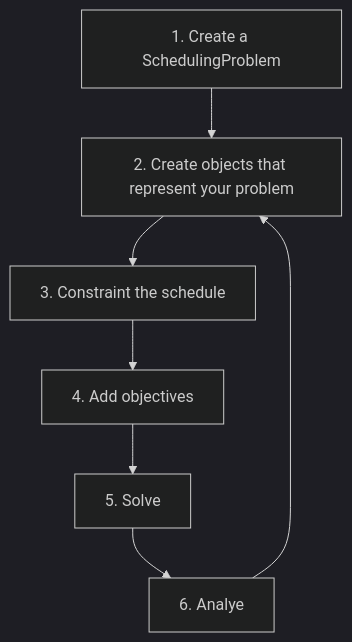
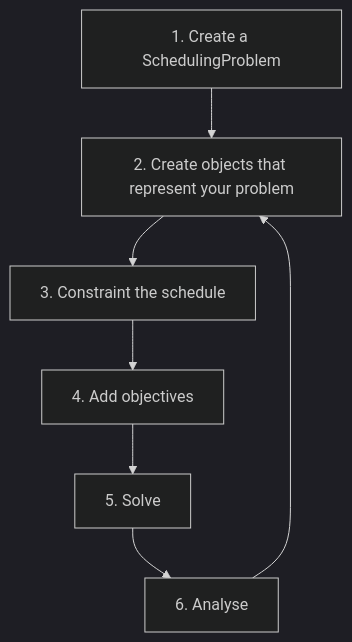
One commit to tpaviot/ProcessScheduler changed the diagram in docs/workflow.md. Above: the diagram before and after it, drawn with Mermaid (dark theme). The commit also changed 8 other files, not shown here.

````diff
--- a/docs/workflow.md
+++ b/docs/workflow.md
@@ -5,9 +5,9 @@
 ``` mermaid
 graph TD
   A[1. Create a SchedulingProblem] --> B[2. Create objects that represent your problem];
   B --> C[3. Constraint the schedule];
   C --> D[4. Add objectives];
   D --> E[5. Solve];
-  E --> F[6. Analye];
+  E --> F[6. Analyse];
   F --> B;
 ```
````
